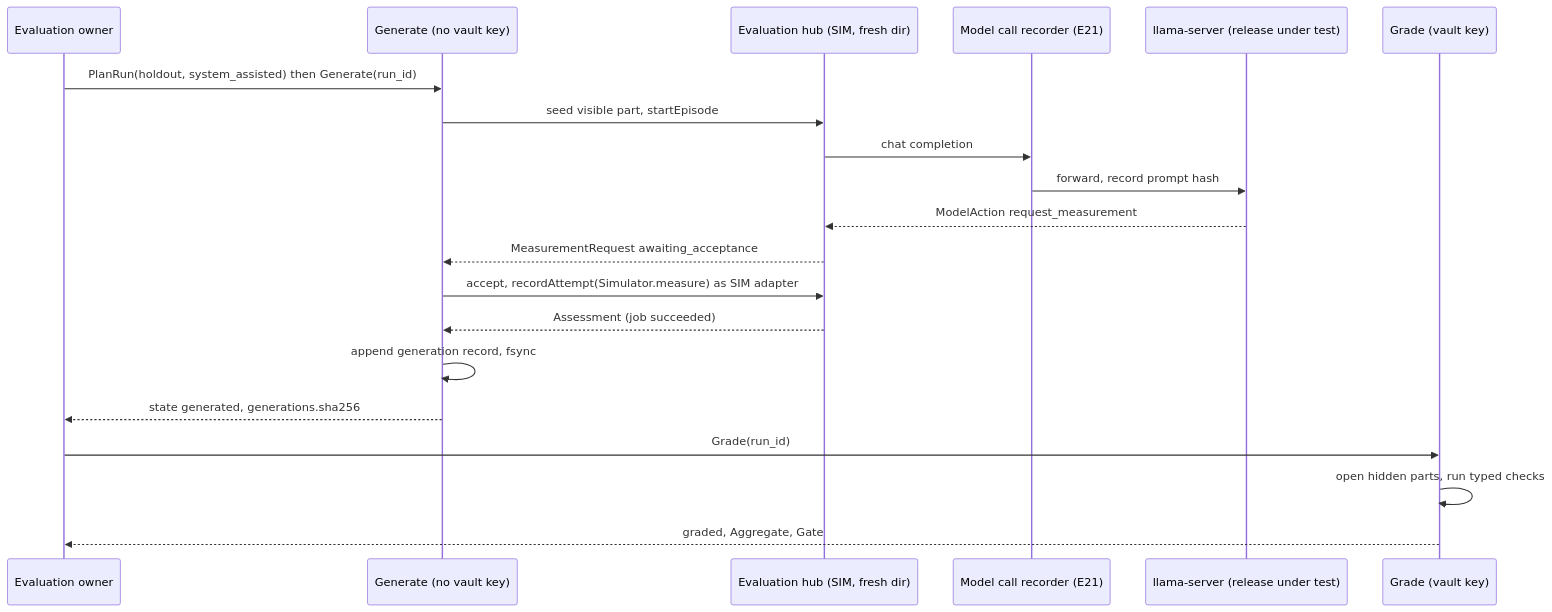
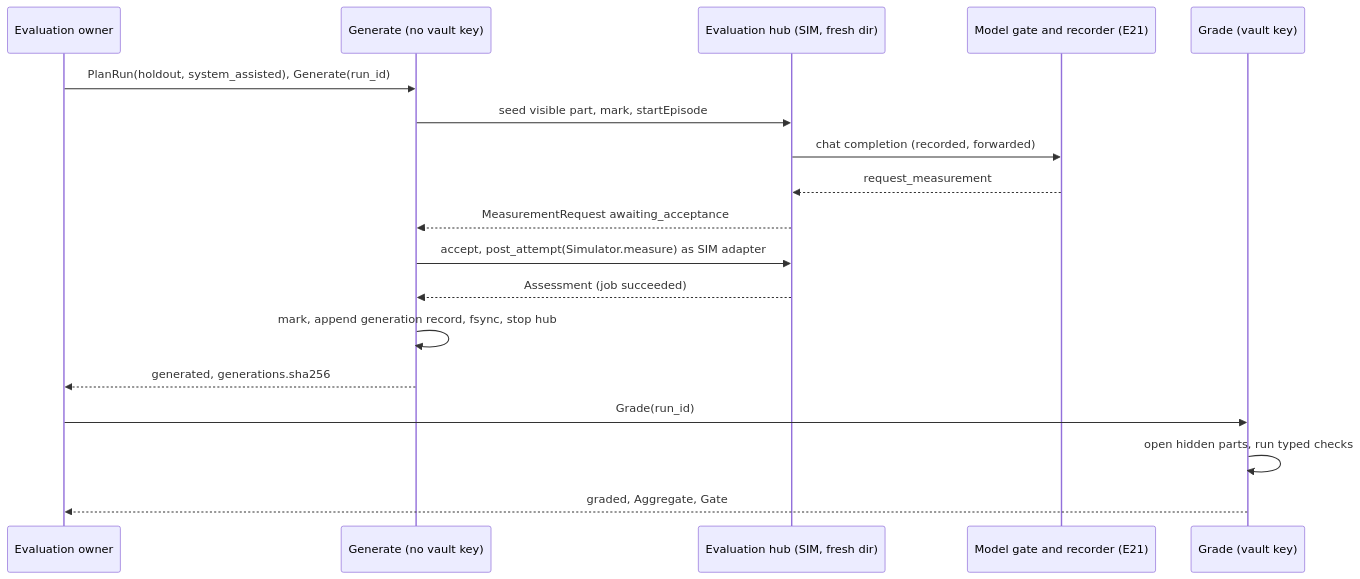
Before and after one commit to joaquingit1/vitales-health: the diagram in docs/tdd/E18.md, drawn with Mermaid. The commit also changed other lines of this file and 3 other files, not shown here.

Commit message:
E18 design brought in line with SYSTEM.md and the decisions; cold review c1 recorded

````diff
--- a/docs/tdd/E18.md
+++ b/docs/tdd/E18.md
@@ -460,22 +468,20 @@
 ```mermaid
 sequenceDiagram
     participant Owner as Evaluation owner
     participant Gen as Generate (no vault key)
     participant Hub as Evaluation hub (SIM, fresh dir)
-    participant Rec as Model call recorder (E21)
-    participant LLM as llama-server (release under test)
+    participant Gate as Model gate and recorder (E21)
     participant Grd as Grade (vault key)
-    Owner->>Gen: PlanRun(holdout, system_assisted) then Generate(run_id)
-    Gen->>Hub: seed visible part, startEpisode
-    Hub->>Rec: chat completion
-    Rec->>LLM: forward, record prompt hash
-    LLM-->>Hub: ModelAction request_measurement
+    Owner->>Gen: PlanRun(holdout, system_assisted), Generate(run_id)
+    Gen->>Hub: seed visible part, mark, startEpisode
+    Hub->>Gate: chat completion (recorded, forwarded)
+    Gate-->>Hub: request_measurement
     Hub-->>Gen: MeasurementRequest awaiting_acceptance
-    Gen->>Hub: accept, recordAttempt(Simulator.measure) as SIM adapter
+    Gen->>Hub: accept, post_attempt(Simulator.measure) as SIM adapter
     Hub-->>Gen: Assessment (job succeeded)
-    Gen->>Gen: append generation record, fsync
-    Gen-->>Owner: state generated, generations.sha256
+    Gen->>Gen: mark, append generation record, fsync, stop hub
+    Gen-->>Owner: generated, generations.sha256
     Owner->>Grd: Grade(run_id)
     Grd->>Grd: open hidden parts, run typed checks
     Grd-->>Owner: graded, Aggregate, Gate
 ```
````
